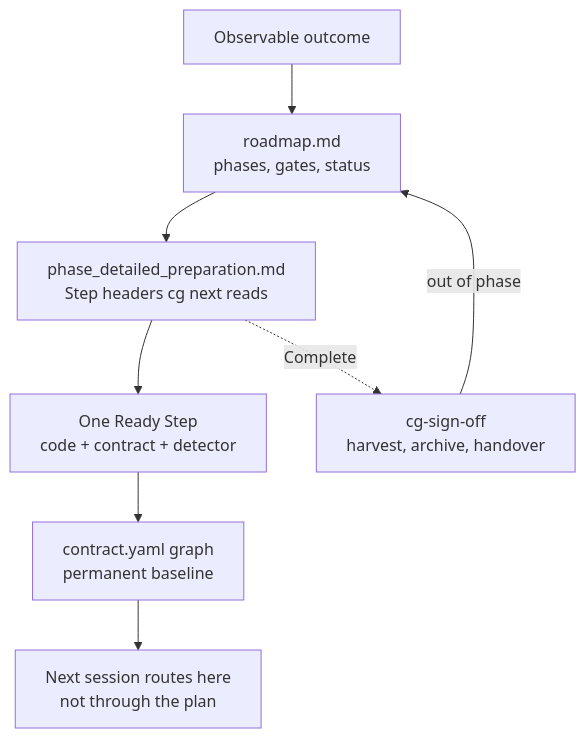
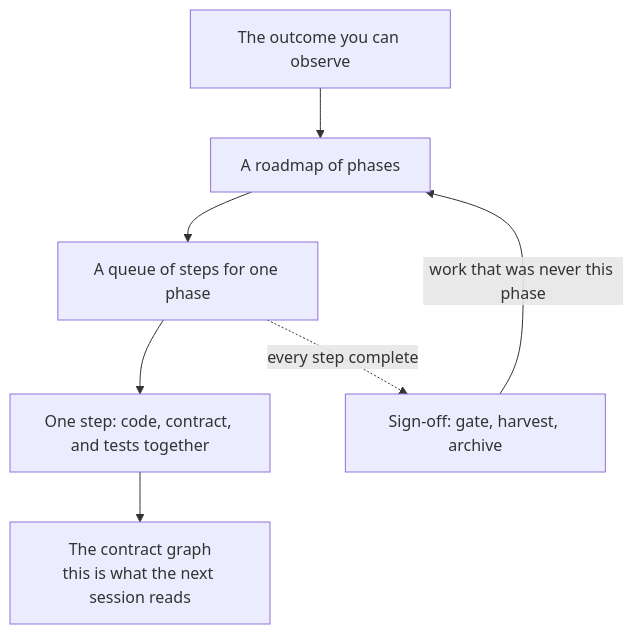
One commit to sarada-io/contract-graph changed the diagram in docs/workflow.md. Above: the diagram before and after it, drawn with Mermaid. The commit also changed other lines of this file and 8 other files, not shown here.

````diff
--- a/docs/workflow.md
+++ b/docs/workflow.md
@@ -33,10 +23,9 @@
 ```mermaid
 flowchart TB
-  Outcome["Observable outcome"] --> Roadmap["roadmap.md<br/>phases, gates, status"]
-  Roadmap --> Queue["phase_detailed_preparation.md<br/>Step headers cg next reads"]
-  Queue --> Step["One Ready Step<br/>code + contract + detector"]
-  Step --> Graph["contract.yaml graph<br/>permanent baseline"]
-  Graph --> Next["Next session routes here<br/>not through the plan"]
-  Queue -.->|"Complete"| Close["cg-sign-off<br/>harvest, archive, handover"]
-  Close -->|"out of phase"| Roadmap
+  Outcome["The outcome you can observe"] --> Roadmap["A roadmap of phases"]
+  Roadmap --> Queue["A queue of steps for one phase"]
+  Queue --> Step["One step: code, contract, and tests together"]
+  Step --> Graph["The contract graph\nthis is what the next session reads"]
+  Queue -.->|"every step complete"| Close["Sign-off: gate, harvest, archive"]
+  Close -->|"work that was never this phase"| Roadmap
 ```
````
